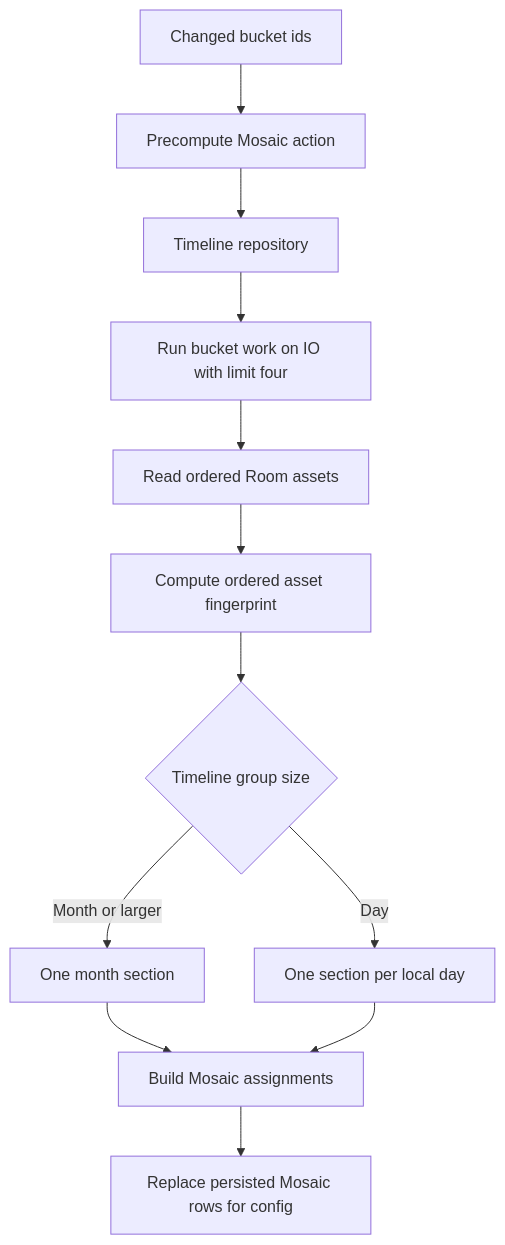
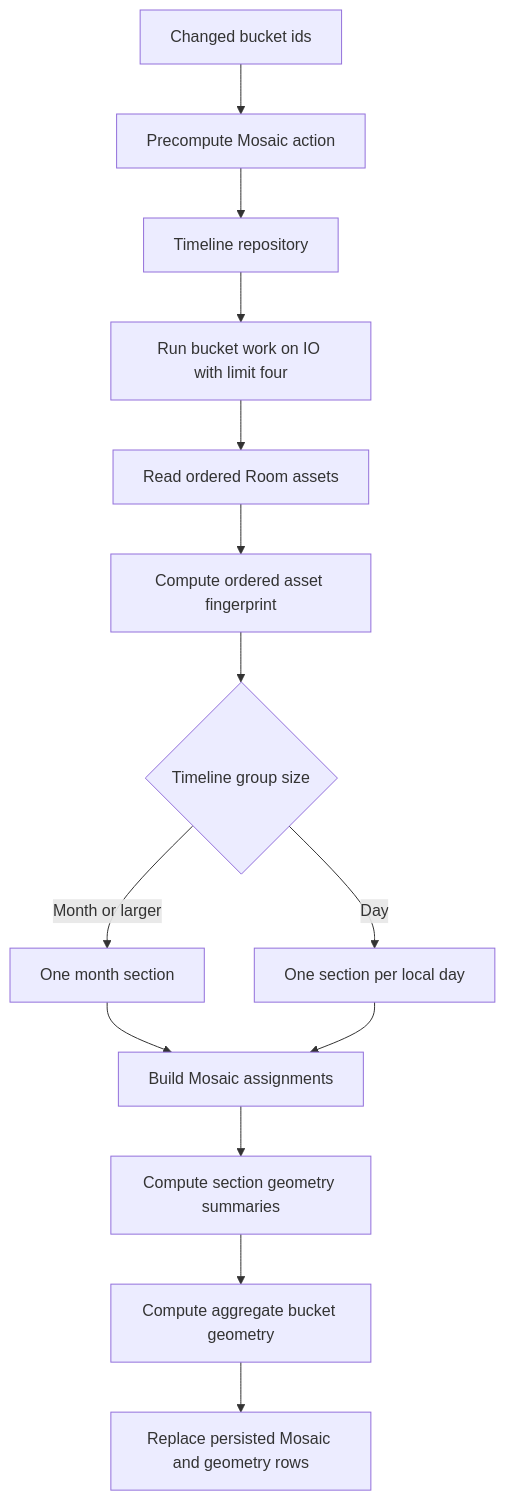
The fourth of 7 diagrams in docs/timeline.md (ch4ndu/ImmichGallery), drawn with Mermaid before and after one commit. The commit also changed other lines of this file and 49 other files, not shown here.

Commit message:
Timeline mosiac improvements

````diff
--- a/docs/timeline.md
+++ b/docs/timeline.md
@@ -213,14 +317,16 @@
 ```mermaid
 graph TD
     changed["Changed bucket ids"] --> action["Precompute Mosaic action"]
     action --> repository["Timeline repository"]
     repository --> parallel["Run bucket work on IO with limit four"]
     parallel --> assets["Read ordered Room assets"]
     assets --> fingerprint["Compute ordered asset fingerprint"]
     fingerprint --> sections{"Timeline group size"}
     sections -->|Month or larger| month["One month section"]
     sections -->|Day| days["One section per local day"]
     month --> assign["Build Mosaic assignments"]
     days --> assign
-    assign --> persist["Replace persisted Mosaic rows for config"]
+    assign --> geometry["Compute section geometry summaries"]
+    geometry --> aggregate["Compute aggregate bucket geometry"]
+    aggregate --> persist["Replace persisted Mosaic and geometry rows"]
 ```
````
